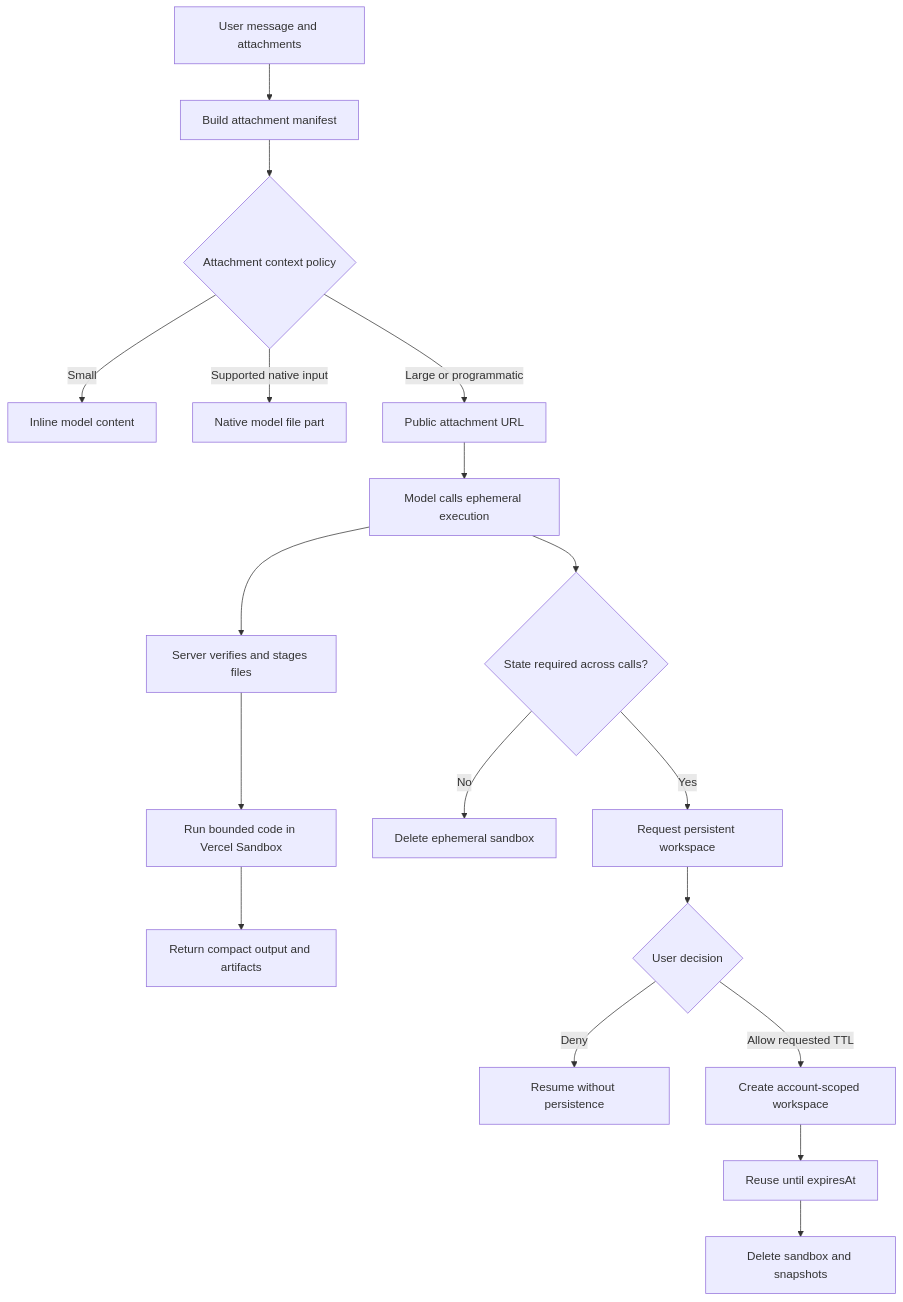
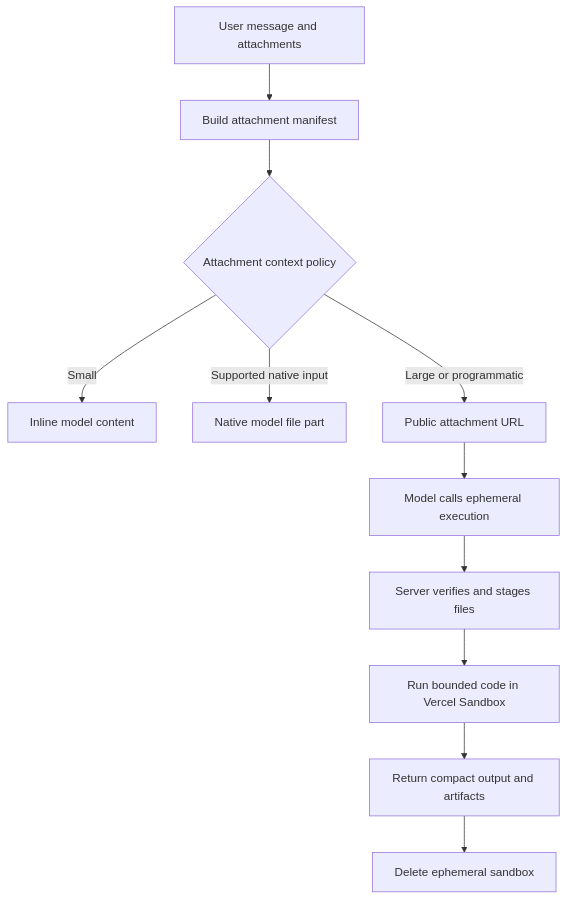
The diagram in docs/CODE_EXECUTION_ARCHITECTURE.md (medy17/SilkChat), drawn with Mermaid before and after one commit. The commit also changed other lines of this file and 76 other files, not shown here.

````diff
--- a/docs/CODE_EXECUTION_ARCHITECTURE.md
+++ b/docs/CODE_EXECUTION_ARCHITECTURE.md
@@ -26,20 +22,13 @@
 ```mermaid
 flowchart TD
     A["User message and attachments"] --> B["Build attachment manifest"]
     B --> C{"Attachment context policy"}
     C -->|"Small"| D["Inline model content"]
     C -->|"Supported native input"| E["Native model file part"]
     C -->|"Large or programmatic"| F["Public attachment URL"]
     F --> G["Model calls ephemeral execution"]
     G --> H["Server verifies and stages files"]
     H --> I["Run bounded code in Vercel Sandbox"]
     I --> J["Return compact output and artifacts"]
-    G --> K{"State required across calls?"}
-    K -->|"No"| L["Delete ephemeral sandbox"]
-    K -->|"Yes"| M["Request persistent workspace"]
-    M --> N{"User decision"}
-    N -->|"Deny"| O["Resume without persistence"]
-    N -->|"Allow requested TTL"| P["Create account-scoped workspace"]
-    P --> Q["Reuse until expiresAt"]
-    Q --> R["Delete sandbox and snapshots"]
+    J --> L["Delete ephemeral sandbox"]
 ```
````
